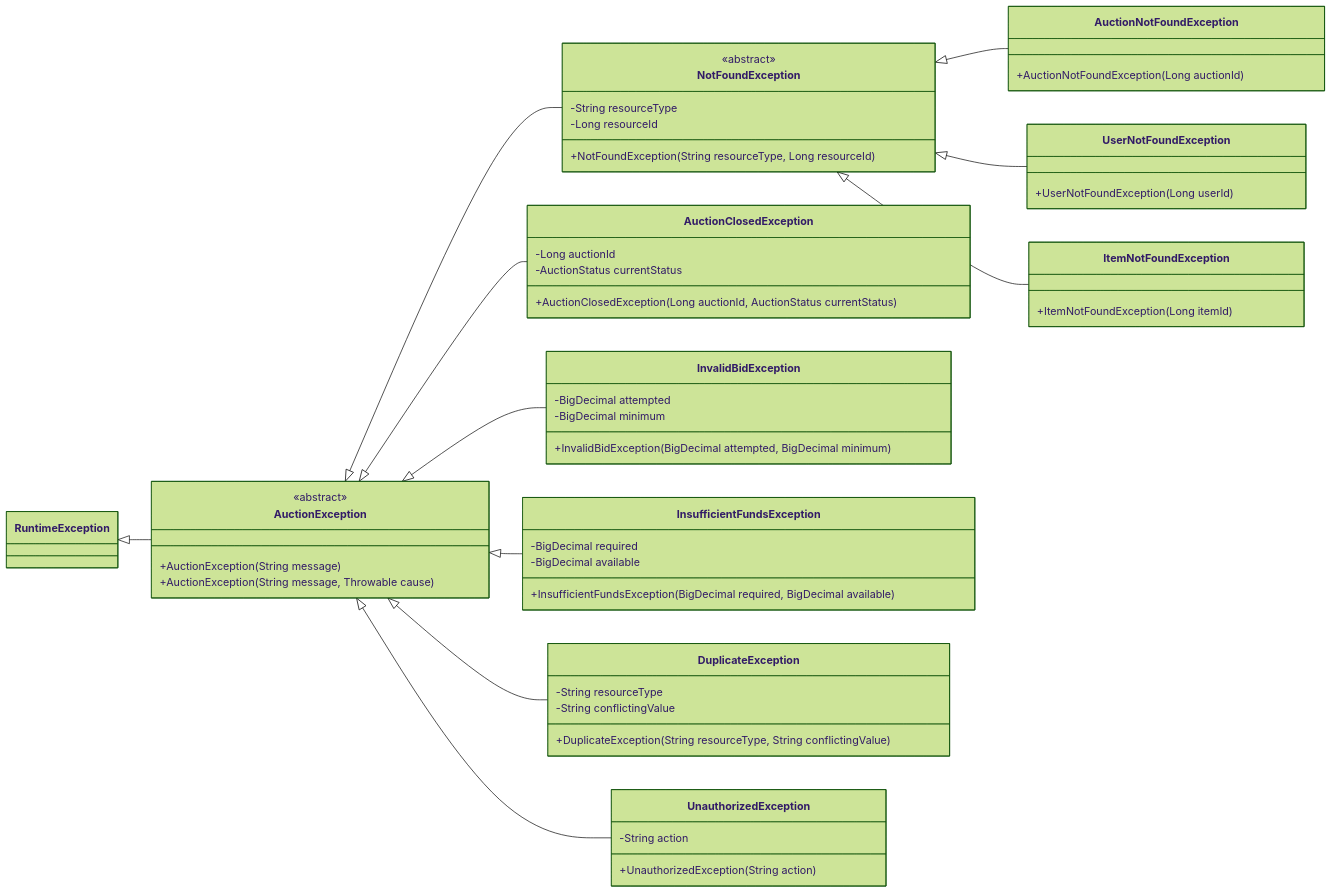
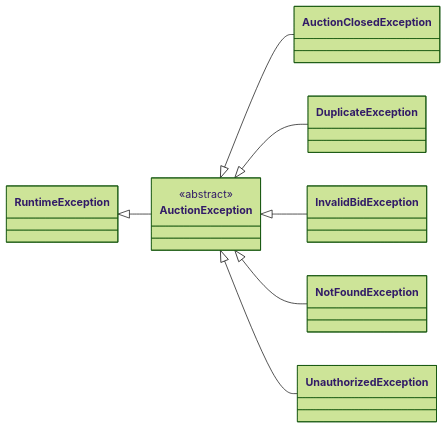
The second of 3 diagrams in README.md (kieran-labs/oop-course-project-uet), drawn with Mermaid (forest theme) before and after one commit. The commit also changed other lines of this file and 9 other files, not shown here.

````diff
--- a/README.md
+++ b/README.md
@@ -211,64 +250,21 @@
 ```mermaid
 classDiagram
     direction LR
 
     class RuntimeException
-
     class AuctionException {
         <<abstract>>
-        +AuctionException(String message)
-        +AuctionException(String message, Throwable cause)
     }
-
-    class NotFoundException {
-        <<abstract>>
-        -String resourceType
-        -Long resourceId
-        +NotFoundException(String resourceType, Long resourceId)
-    }
-    class AuctionNotFoundException {
-        +AuctionNotFoundException(Long auctionId)
-    }
-    class UserNotFoundException {
-        +UserNotFoundException(Long userId)
-    }
-    class ItemNotFoundException {
-        +ItemNotFoundException(Long itemId)
-    }
-
-    class AuctionClosedException {
-        -Long auctionId
-        -AuctionStatus currentStatus
-        +AuctionClosedException(Long auctionId, AuctionStatus currentStatus)
-    }
-    class InvalidBidException {
-        -BigDecimal attempted
-        -BigDecimal minimum
-        +InvalidBidException(BigDecimal attempted, BigDecimal minimum)
-    }
-    class InsufficientFundsException {
-        -BigDecimal required
-        -BigDecimal available
-        +InsufficientFundsException(BigDecimal required, BigDecimal available)
-    }
-    class DuplicateException {
-        -String resourceType
-        -String conflictingValue
-        +DuplicateException(String resourceType, String conflictingValue)
-    }
-    class UnauthorizedException {
-        -String action
-        +UnauthorizedException(String action)
-    }
+    class AuctionClosedException
+    class DuplicateException
+    class InvalidBidException
+    class NotFoundException
+    class UnauthorizedException
 
     RuntimeException <|-- AuctionException
+    AuctionException <|-- AuctionClosedException
+    AuctionException <|-- DuplicateException
+    AuctionException <|-- InvalidBidException
     AuctionException <|-- NotFoundException
-    AuctionException <|-- AuctionClosedException
-    AuctionException <|-- InvalidBidException
-    AuctionException <|-- InsufficientFundsException
-    AuctionException <|-- DuplicateException
     AuctionException <|-- UnauthorizedException
-    NotFoundException <|-- AuctionNotFoundException
-    NotFoundException <|-- UserNotFoundException
-    NotFoundException <|-- ItemNotFoundException
 ```
````
